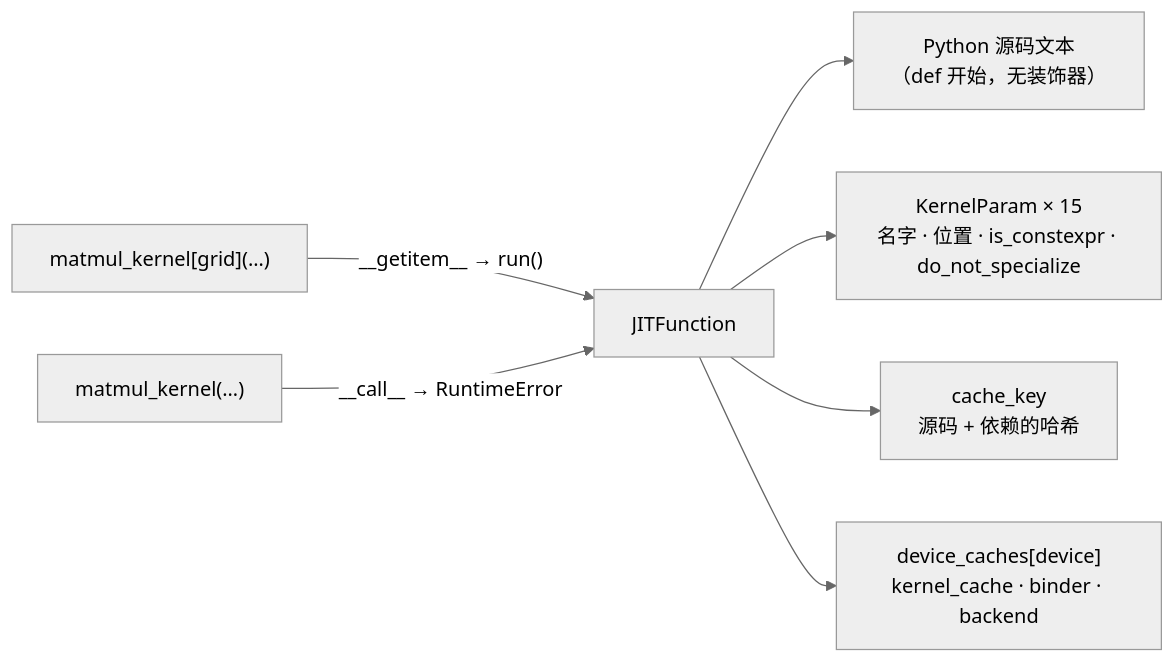
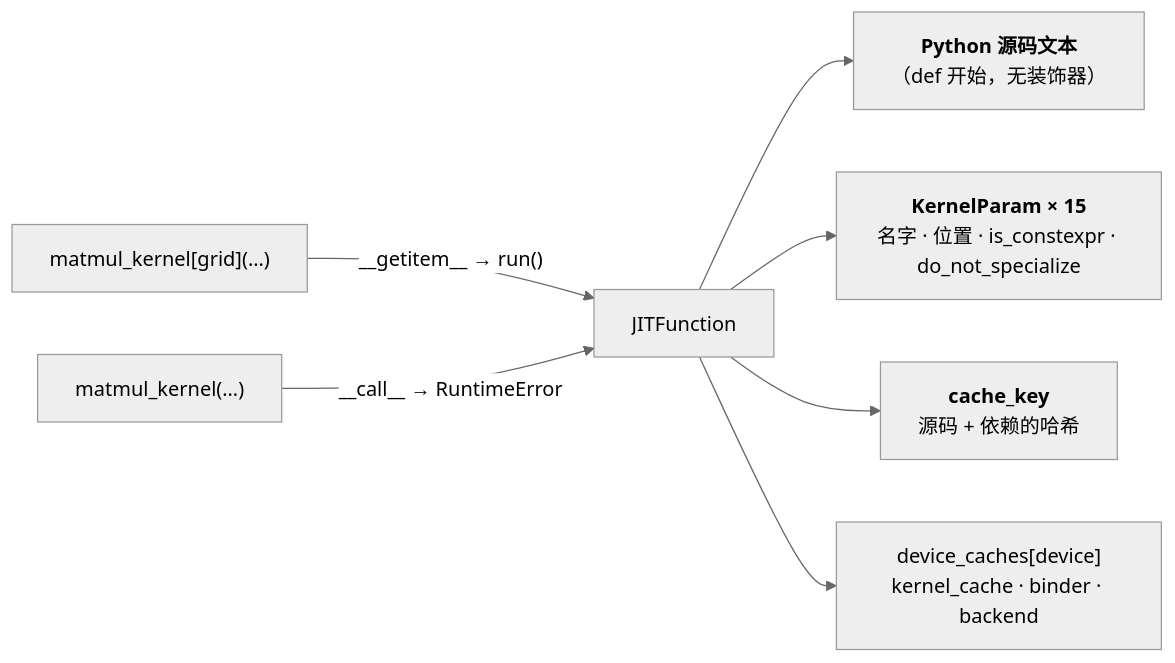
One commit to arganzheng/arganzheng.github.com changed the first of 4 diagrams in _posts/2026-11-26-triton-compiler-frontend-python-ast-to-ttir.md. Above: the diagram before and after it, drawn with Mermaid (neutral theme). The commit also changed other lines of this file and 8 other files, not shown here.

First line of the commit message:
ML 编译器内部：从 SSA、MLIR 到 Triton 编译器：Mermaid 多行方框的首行标为标题（9 篇）

````diff
--- a/_posts/2026-11-26-triton-compiler-frontend-python-ast-to-ttir.md
+++ b/_posts/2026-11-26-triton-compiler-frontend-python-ast-to-ttir.md
@@ -91,15 +91,15 @@
 ```mermaid
 %% 图：JITFunction 保存什么：源码文本、KernelParam、cache_key、按设备的缓存；kernel[grid] 走 __getitem__ 到 run，直接调用抛异常
 flowchart LR
-    src["Python 源码文本<br/>（def 开始，无装饰器）"]
-    params["KernelParam × 15<br/>名字 · 位置 · is_constexpr · do_not_specialize"]
-    hash["cache_key<br/>源码 + 依赖的哈希"]
+    src["<b>Python 源码文本</b><br/>（def 开始，无装饰器）"]
+    params["<b>KernelParam × 15</b><br/>名字 · 位置 · is_constexpr · do_not_specialize"]
+    hash["<b>cache_key</b><br/>源码 + 依赖的哈希"]
     caches["device_caches#91;device#93;<br/>kernel_cache · binder · backend"]
     jf["JITFunction"]
     jf --> src
     jf --> params
     jf --> hash
     jf --> caches
     call["matmul_kernel#91;grid#93;(…)"] -- "__getitem__ → run()" --> jf
     direct["matmul_kernel(…)"] -- "__call__ → RuntimeError" --> jf
 ```
````
